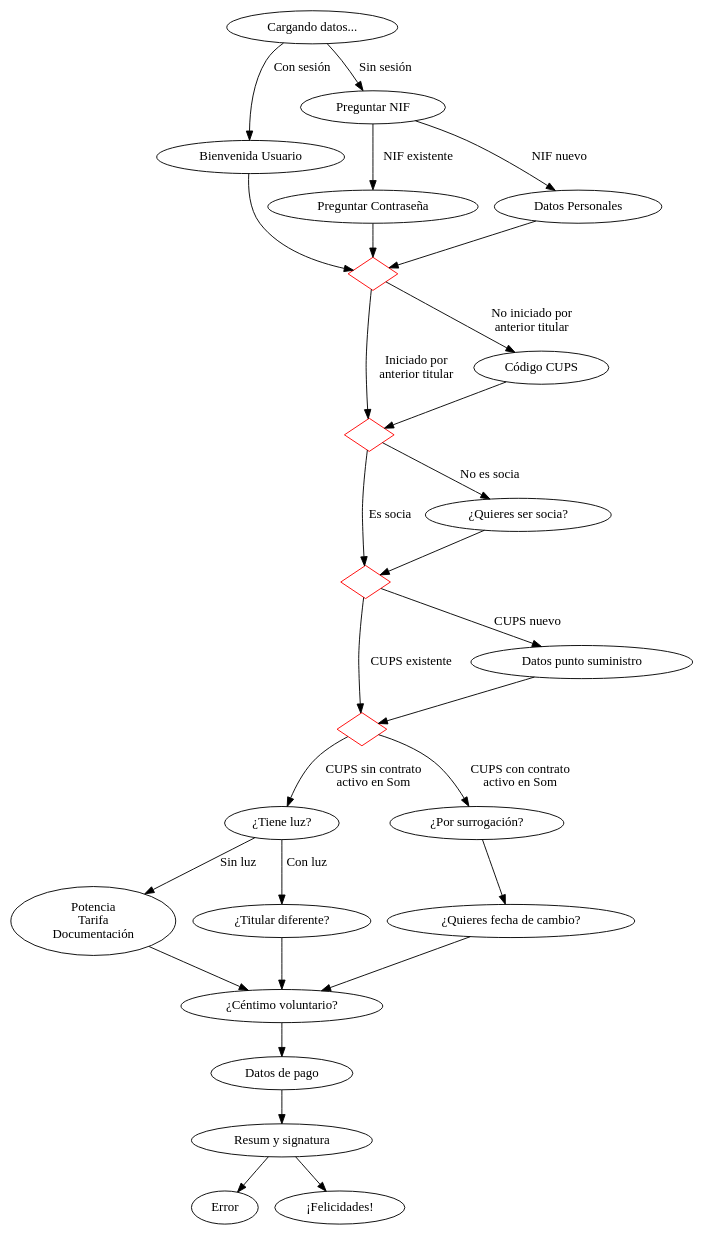
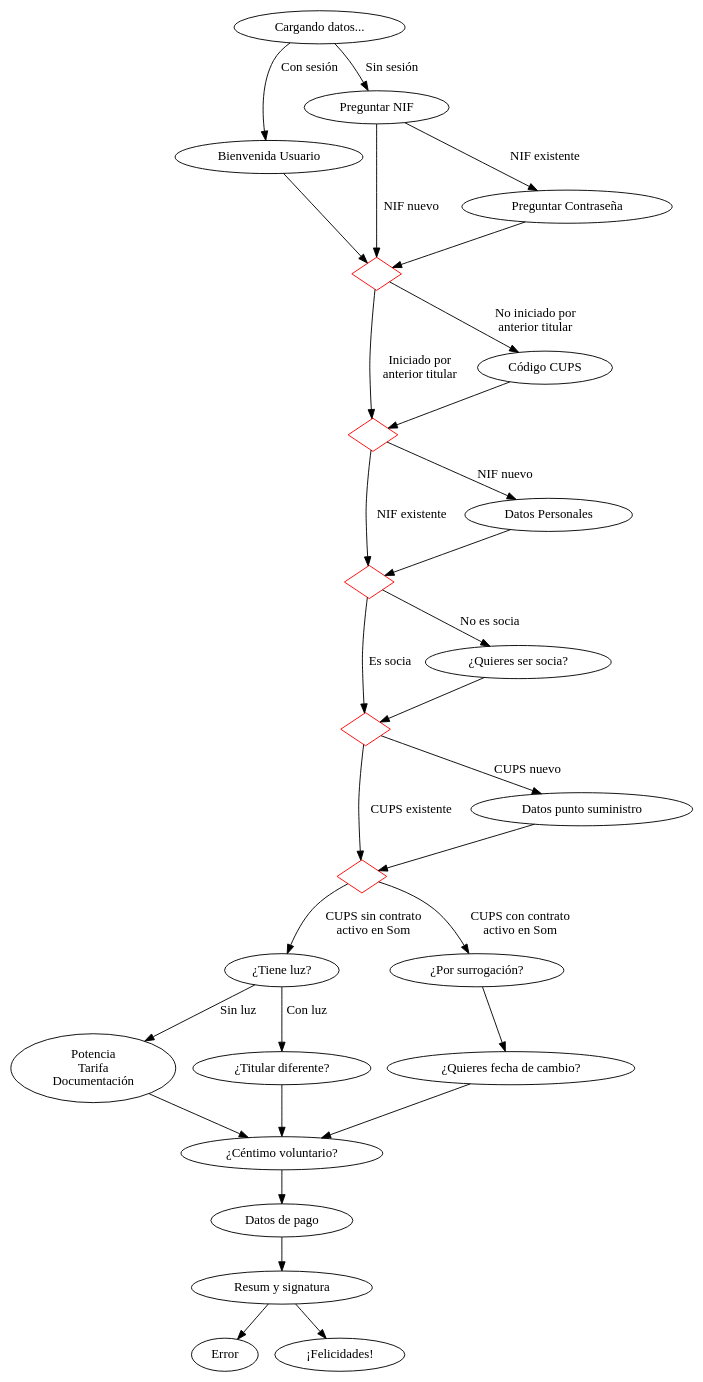
The diagram in docs/contract.dot (Som-Energia/webforms-mithril), drawn with Graphviz before and after one commit. The commit also changed 1 other file, not shown here.

Commit message:
contract.dot: ask personal data later

```diff
--- a/docs/contract.dot
+++ b/docs/contract.dot
@@ -1,55 +1,58 @@
 digraph G {
     graph [layout=dot]
     
     UserIdentified [color=red, shape=diamond, label=""]
     CupsIdentified [color=red, shape=diamond, label=""]
     MembershipSolved [color=red, shape=diamond, label=""]
     CupsDataCompleted [color=red, shape=diamond, label=""]
+    PersonalDataCompleted [color=red, shape=diamond, label=""]
 
 	Loading [label="Cargando datos..."]
 	WelcomeUser [label="Bienvenida Usuario"]
 	Nif [label="Preguntar NIF"]
 	Password [label="Preguntar Contraseña"]
 	PersonalData [label="Datos Personales"]
 	CupsCode [label="Código CUPS"]
 	BecomeMember [label="¿Quieres ser socia?"]
 	CupsData [label="Datos punto suministro"]
 	HasSupply [label="¿Tiene luz?"]
 	Technical [label="Potencia\nTarifa\nDocumentación"]
 	NewHolder [label="¿Titular diferente?"]
 	Surrogation [label="¿Por surrogación?"]
 	SwitchDate [label="¿Quieres fecha de cambio?"]
 	VoluntaryCent [label="¿Céntimo voluntario?"]
 	Payment [label="Datos de pago"]
 	Summary [label="Resum y signatura"]
 	Error [label="Error"]
 	Success [label="¡Felicidades!"]
 
    
     Loading -> WelcomeUser [id="hasSession" label="Con sesión"]
     Loading -> Nif [id="noSession" label="Sin sesión"]
     Nif -> Password [id="existingVat" label="NIF existente"]
-    Nif -> PersonalData [id="newVat" label="NIF nuevo"]
+    Nif -> UserIdentified [id="newVat" label="NIF nuevo"]
     WelcomeUser -> UserIdentified
-    PersonalData -> UserIdentified
     Password -> UserIdentified
     UserIdentified -> CupsCode [id="noStartedByOldHolder" label="No iniciado por\nanterior titular"]
     CupsCode -> CupsIdentified
     UserIdentified -> CupsIdentified [id="startedByOldHolder" label="Iniciado por\nanterior titular"]
-    CupsIdentified -> BecomeMember [id="notMember" label="No es socia"]
-    CupsIdentified -> MembershipSolved [id="isMember" label="Es socia"]
+    CupsIdentified -> PersonalData [id="newVat2" label="NIF nuevo"]
+	CupsIdentified -> PersonalDataCompleted [id="existingVat" label="NIF existente"]
+    PersonalData -> PersonalDataCompleted
+    PersonalDataCompleted -> BecomeMember [id="notMember" label="No es socia"]
+    PersonalDataCompleted -> MembershipSolved [id="isMember" label="Es socia"]
     BecomeMember -> MembershipSolved
     MembershipSolved -> CupsData [id="newCups" label="CUPS nuevo"]
     MembershipSolved -> CupsDataCompleted [id="existingCups" label="CUPS existente"]
     CupsData -> CupsDataCompleted
     CupsDataCompleted -> HasSupply [id="noActiveCups" label="CUPS sin contrato\nactivo en Som"]
     CupsDataCompleted -> Surrogation [id="isActiveCups" label="CUPS con contrato\nactivo en Som"]
     HasSupply -> Technical [id=noSupply label="Sin luz"]
     Technical -> VoluntaryCent
     HasSupply -> NewHolder [id=hasSupply label="Con luz"]
     NewHolder -> VoluntaryCent
     Surrogation -> SwitchDate
     SwitchDate -> VoluntaryCent -> Payment -> Summary 
     Summary ->  Error
     Summary -> Success
 } 
```
